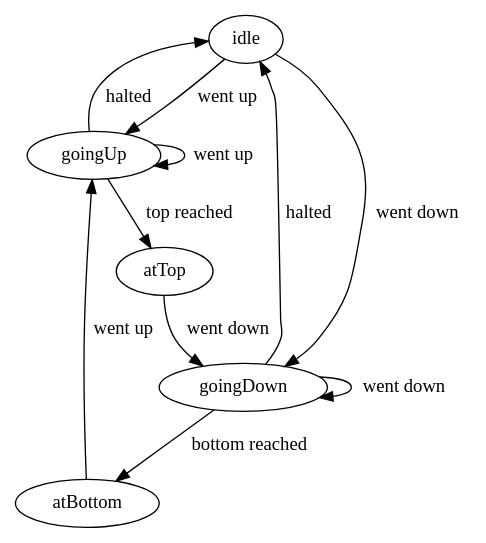
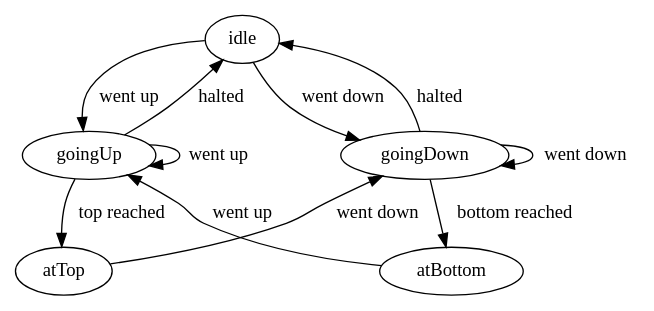
The diagram in codegen/examples/elevator.dot (uberto/okotta-es), drawn with Graphviz before and after one commit.

Commit message:
fix dot diagram

```diff
--- a/codegen/examples/elevator.dot
+++ b/codegen/examples/elevator.dot
@@ -1,13 +1,13 @@
 digraph elevator
 {
     idle -> goingUp [label="went up"]
     goingUp -> idle [label="halted"]
     goingUp -> goingUp  [label="went up"]
     goingUp -> atTop  [label="top reached"]
     idle -> goingDown [label="went down"]
     goingDown -> idle  [label="halted"]
     goingDown -> goingDown  [label="went down"]
     goingDown -> atBottom  [label="bottom reached"]
-    atTop  -> goingDown [label="went down"]
-    atBottom  -> goingUp  [label="went up"]
+    atTop  -> goingDown [label="went down" constraint=false]
+    atBottom  -> goingUp  [label="went up" constraint=false]
 }
```
